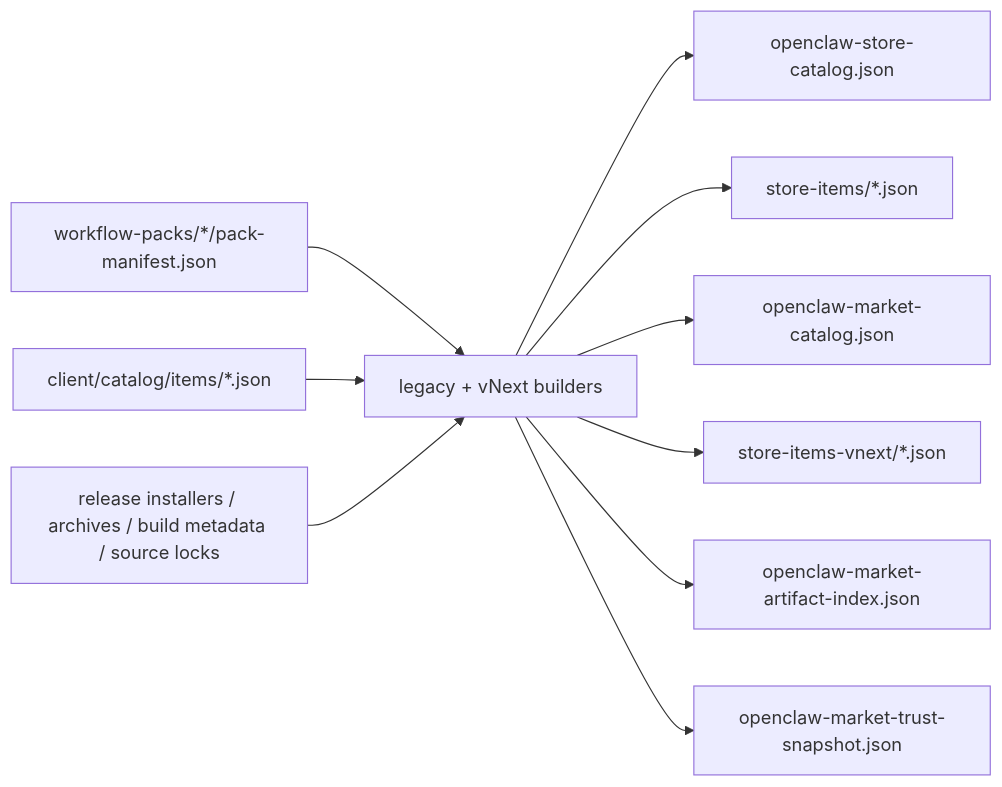
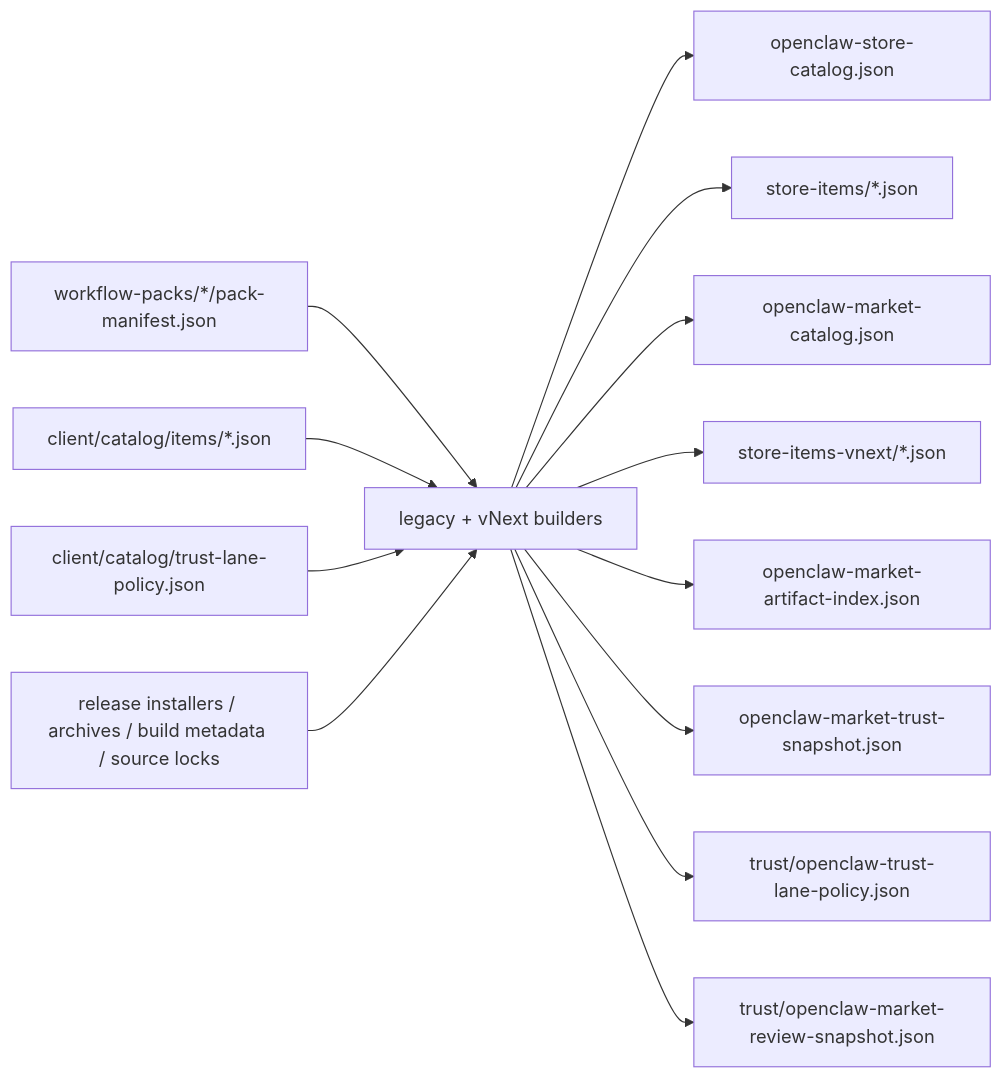
The diagram in docs/contracts/catalog-publish-contract.md (RZX00/openclaw-windows-installer), drawn with Mermaid before and after one commit. The commit also changed other lines of this file and 8 other files, not shown here.

Commit message:
feat: emit release trust review metadata

````diff
--- a/docs/contracts/catalog-publish-contract.md
+++ b/docs/contracts/catalog-publish-contract.md
@@ -39,12 +42,15 @@
 ```mermaid
 flowchart LR
     A["workflow-packs/*/pack-manifest.json"] --> B["legacy + vNext builders"]
     C["client/catalog/items/*.json"] --> B
-    D["release installers / archives / build metadata / source locks"] --> B
-    B --> E["openclaw-store-catalog.json"]
-    B --> F["store-items/*.json"]
-    B --> G["openclaw-market-catalog.json"]
-    B --> H["store-items-vnext/*.json"]
-    B --> I["openclaw-market-artifact-index.json"]
-    B --> J["openclaw-market-trust-snapshot.json"]
+    D["client/catalog/trust-lane-policy.json"] --> B
+    E["release installers / archives / build metadata / source locks"] --> B
+    B --> F["openclaw-store-catalog.json"]
+    B --> G["store-items/*.json"]
+    B --> H["openclaw-market-catalog.json"]
+    B --> I["store-items-vnext/*.json"]
+    B --> J["openclaw-market-artifact-index.json"]
+    B --> K["openclaw-market-trust-snapshot.json"]
+    B --> L["trust/openclaw-trust-lane-policy.json"]
+    B --> M["trust/openclaw-market-review-snapshot.json"]
 ```
````
